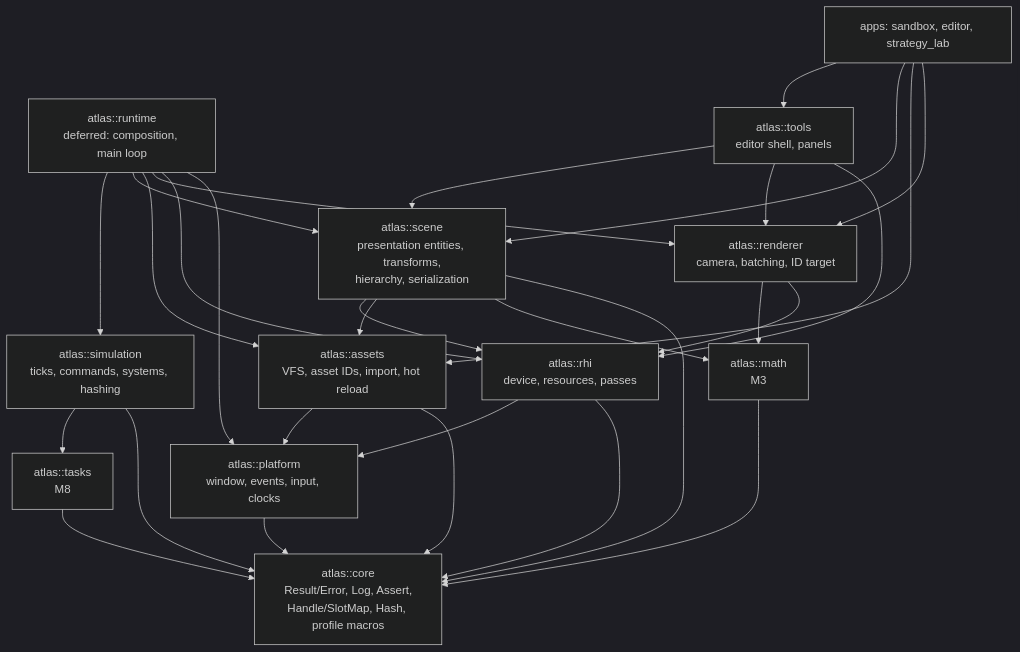
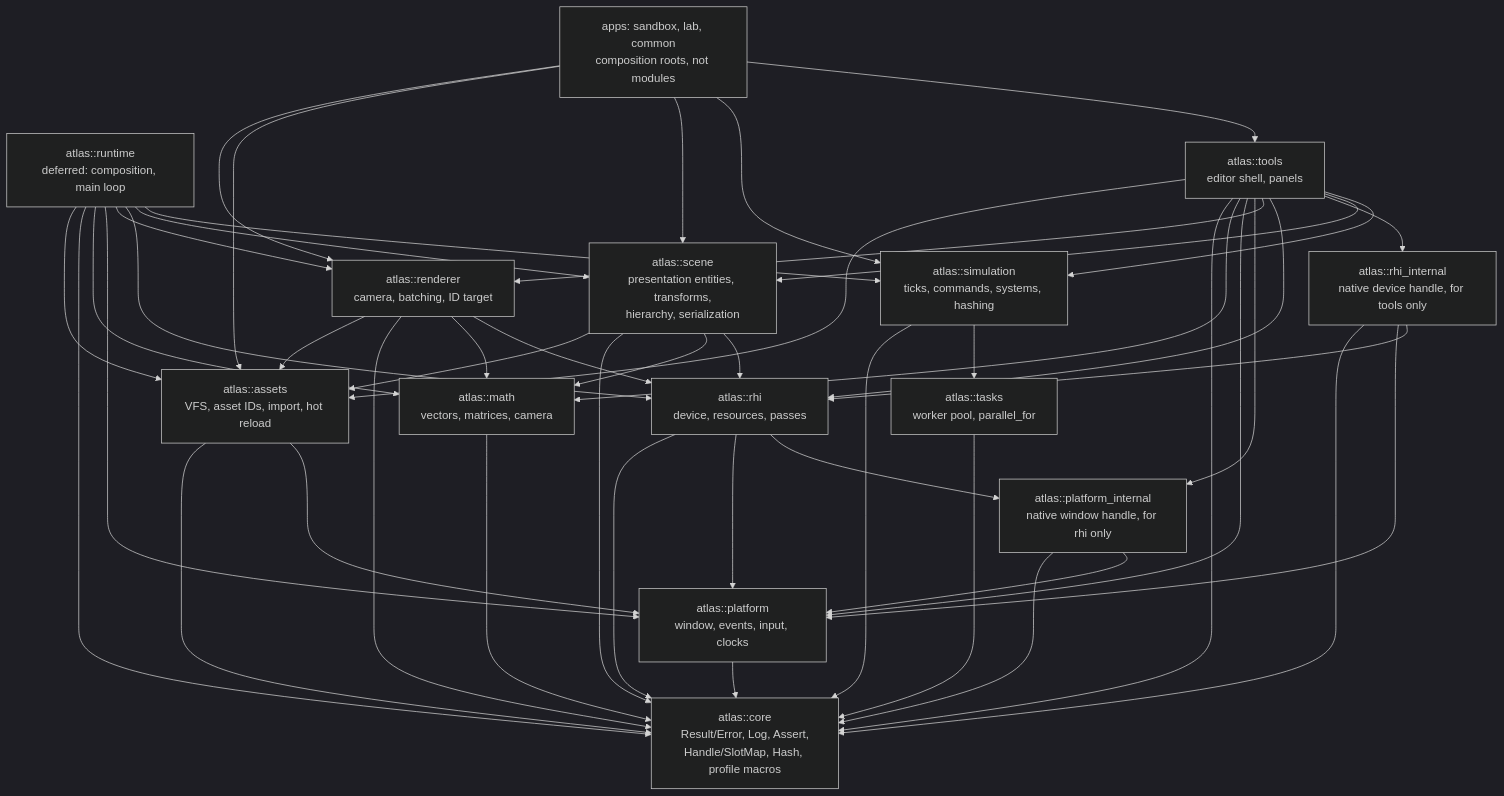
The first of 2 diagrams in docs/ARCHITECTURE.md (happyc0der/atlas-engine), drawn with Mermaid (dark theme) before and after one commit. The commit also changed other lines of this file and 19 other files, not shown here.

````diff
--- a/docs/ARCHITECTURE.md
+++ b/docs/ARCHITECTURE.md
@@ -9,44 +11,65 @@
 ```mermaid
 graph TD
   core[atlas::core<br/>Result/Error, Log, Assert,<br/>Handle/SlotMap, Hash, profile macros]
-  math[atlas::math<br/>M3]
+  math[atlas::math<br/>vectors, matrices, camera]
   platform[atlas::platform<br/>window, events, input, clocks]
-  tasks[atlas::tasks<br/>M8]
+  platform_internal[atlas::platform_internal<br/>native window handle, for rhi only]
+  tasks[atlas::tasks<br/>worker pool, parallel_for]
   rhi[atlas::rhi<br/>device, resources, passes]
+  rhi_internal[atlas::rhi_internal<br/>native device handle, for tools only]
   renderer[atlas::renderer<br/>camera, batching, ID target]
   assets[atlas::assets<br/>VFS, asset IDs, import, hot reload]
   scene[atlas::scene<br/>presentation entities, transforms,<br/>hierarchy, serialization]
   simulation[atlas::simulation<br/>ticks, commands, systems, hashing]
   runtime[atlas::runtime<br/>deferred: composition, main loop]
   tools[atlas::tools<br/>editor shell, panels]
-  apps[apps: sandbox, editor, strategy_lab]
+  apps[apps: sandbox, lab, common<br/>composition roots, not modules]
 
+  math --> core
   platform --> core
-  math --> core
+  platform_internal --> core
+  platform_internal --> platform
   tasks --> core
   rhi --> core
   rhi --> platform
+  rhi --> platform_internal
+  rhi_internal --> core
+  rhi_internal --> platform
+  rhi_internal --> rhi
+  renderer --> assets
+  renderer --> core
+  renderer --> math
   renderer --> rhi
-  renderer --> math
   assets --> core
   assets --> platform
+  scene --> assets
   scene --> core
   scene --> math
-  scene --> assets
   scene --> rhi
   simulation --> core
   simulation --> tasks
+  runtime --> assets
+  runtime --> core
+  runtime --> math
   runtime --> platform
+  runtime --> renderer
   runtime --> rhi
-  runtime --> renderer
-  runtime --> assets
   runtime --> scene
   runtime --> simulation
+  tools --> assets
+  tools --> core
+  tools --> math
+  tools --> platform
+  tools --> platform_internal
+  tools --> renderer
   tools --> rhi
-  tools --> renderer
+  tools --> rhi_internal
   tools --> scene
+  tools --> simulation
+
   apps --> renderer
   apps --> assets
   apps --> scene
+  apps --> simulation
   apps --> tools
 ```
````
